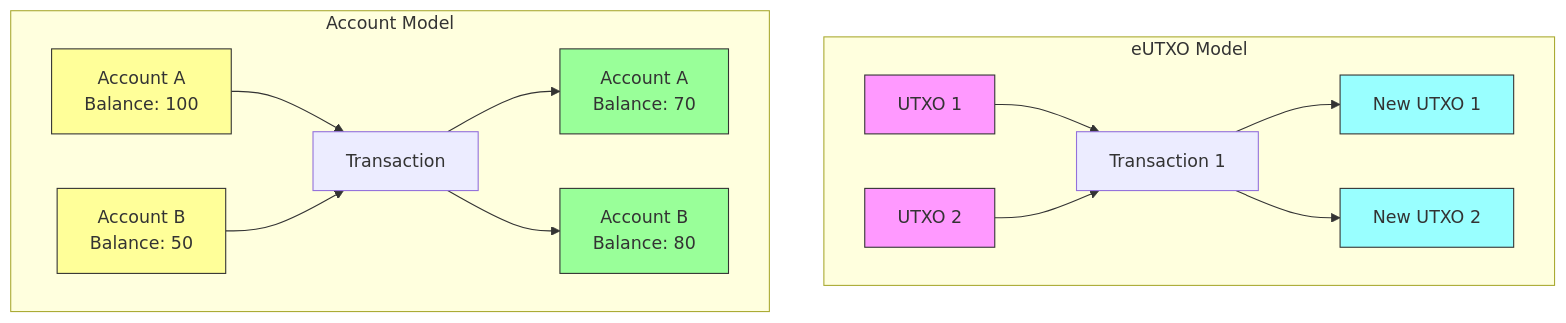
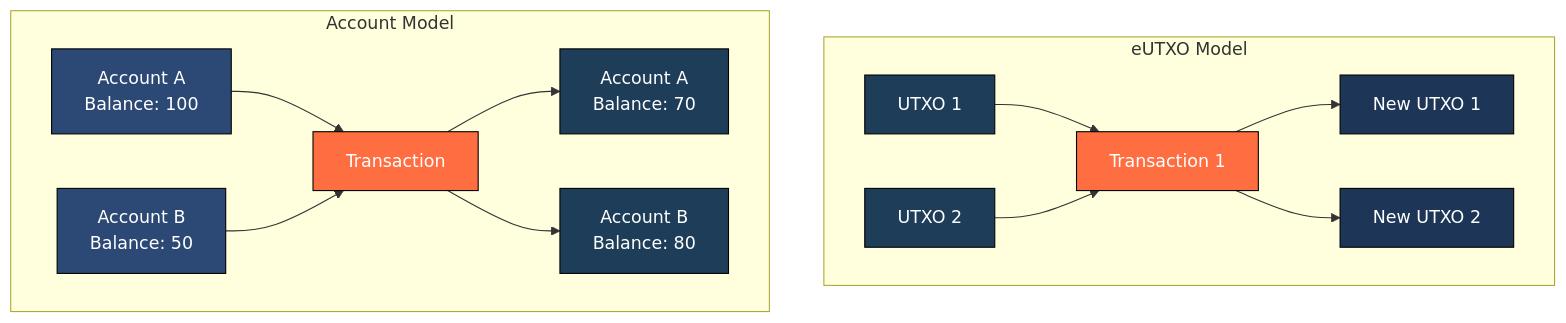
One commit to Soushi888/caramoussin-blog changed the second of 3 diagrams in cardano-advocacy.md. Above: the diagram before and after it, drawn with Mermaid. The commit also changed other lines of this file, not shown here.

First line of the commit message:
docs: Improve Mermaid diagram readability with high-contrast color scheme

````diff
--- a/cardano-advocacy.md
+++ b/cardano-advocacy.md
@@ -208,24 +212,26 @@
 ```mermaid
 graph TB
     subgraph "eUTXO Model"
         U1[UTXO 1] --> T1[Transaction 1]
         U2[UTXO 2] --> T1
         T1 --> NU1[New UTXO 1]
         T1 --> NU2[New UTXO 2]
-        style U1 fill:#f9f,stroke:#333
-        style U2 fill:#f9f,stroke:#333
-        style NU1 fill:#9ff,stroke:#333
-        style NU2 fill:#9ff,stroke:#333
+        style U1 fill:#1e3d59,stroke:#000,color:#fff
+        style U2 fill:#1e3d59,stroke:#000,color:#fff
+        style T1 fill:#ff6e40,stroke:#000,color:#fff
+        style NU1 fill:#1d3557,stroke:#000,color:#fff
+        style NU2 fill:#1d3557,stroke:#000,color:#fff
     end
     
     subgraph "Account Model"
         A1[Account A<br/>Balance: 100] --> T2[Transaction]
         A2[Account B<br/>Balance: 50] --> T2
         T2 --> NA1[Account A<br/>Balance: 70]
         T2 --> NA2[Account B<br/>Balance: 80]
-        style A1 fill:#ff9,stroke:#333
-        style A2 fill:#ff9,stroke:#333
-        style NA1 fill:#9f9,stroke:#333
-        style NA2 fill:#9f9,stroke:#333
+        style A1 fill:#2c4875,stroke:#000,color:#fff
+        style A2 fill:#2c4875,stroke:#000,color:#fff
+        style T2 fill:#ff6e40,stroke:#000,color:#fff
+        style NA1 fill:#1e3d59,stroke:#000,color:#fff
+        style NA2 fill:#1e3d59,stroke:#000,color:#fff
     end
 ```
````
